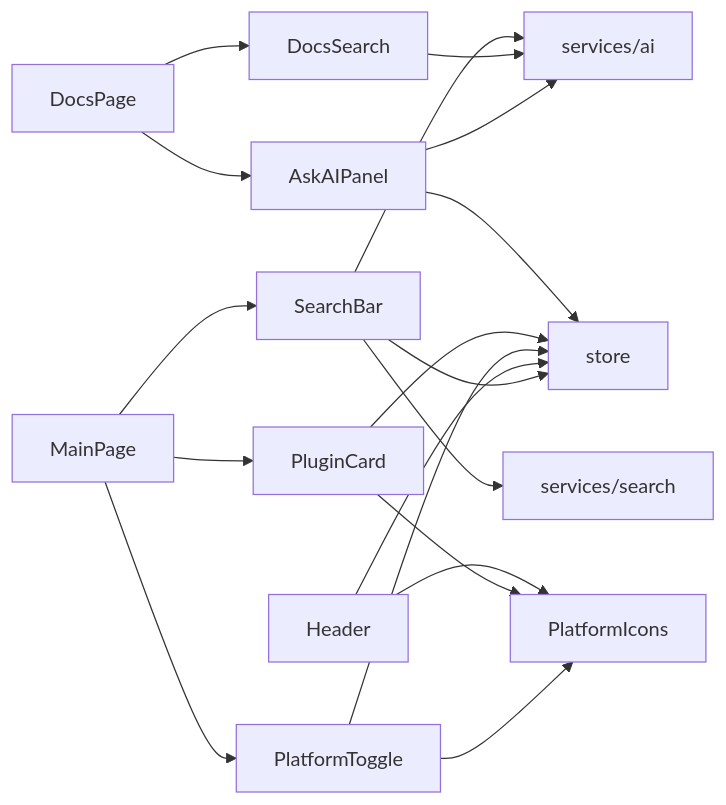
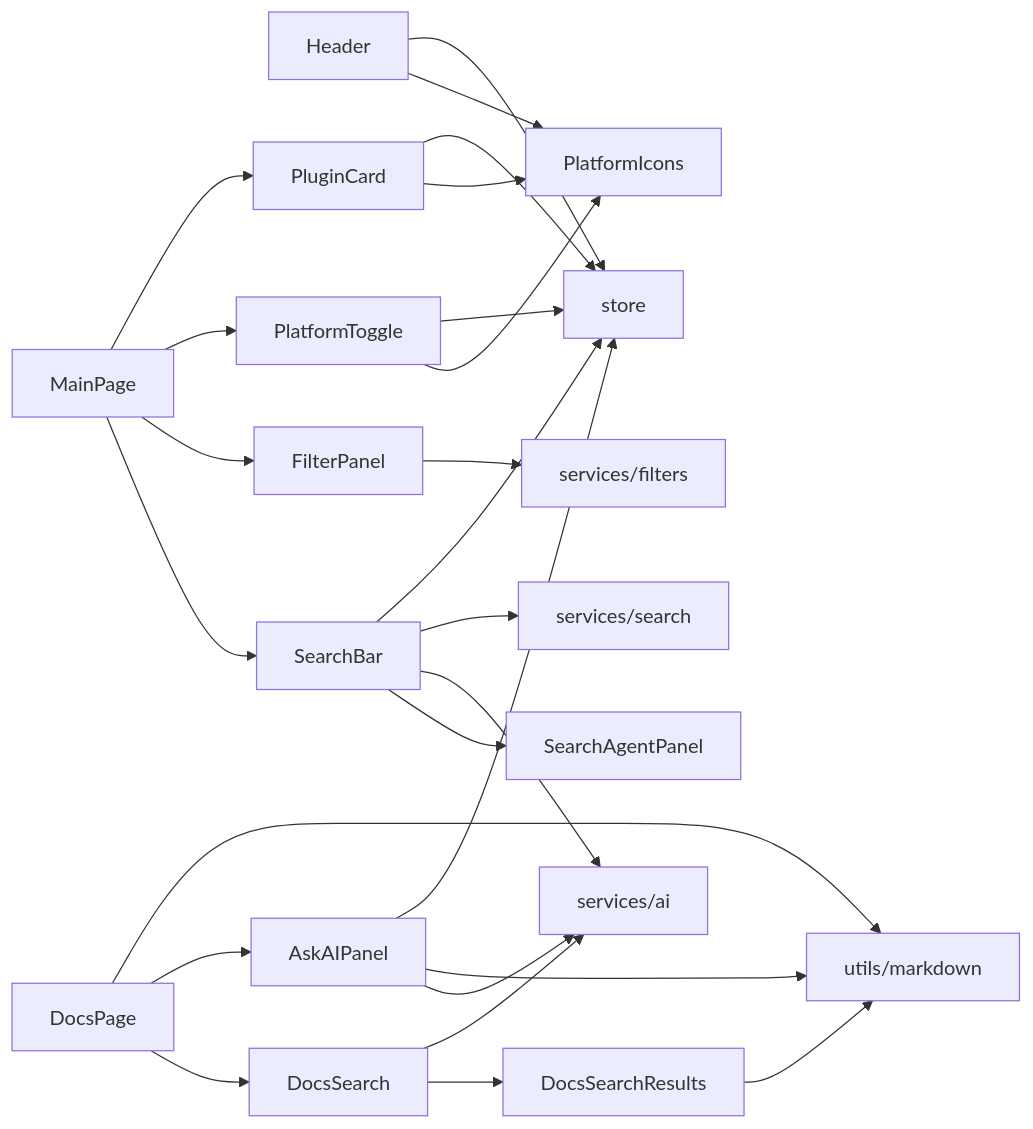
The first of 2 diagrams in docs/code-wiki/07-components.md (okouiko/pluginmarket), drawn with Mermaid before and after one commit. The commit also changed other lines of this file and 48 other files, not shown here.

````diff
--- a/docs/code-wiki/07-components.md
+++ b/docs/code-wiki/07-components.md
@@ -17,20 +20,27 @@
 ```mermaid
 flowchart LR
     Header["Header"] --> Icons["PlatformIcons"]
     Card["PluginCard"] --> Icons
     Toggle["PlatformToggle"] --> Icons
-    SearchBar["SearchBar"] --> AI["services/ai"]
+    SearchBar["SearchBar"] --> AgentPanel["SearchAgentPanel"]
+    SearchBar --> AI["services/ai"]
     SearchBar --> Search["services/search"]
-    DocsSearch["DocsSearch"] --> AI
+    DocsSearch["DocsSearch"] --> Results["DocsSearchResults"]
+    DocsSearch --> AI
+    Results --> MD["utils/markdown"]
     AskAI["AskAIPanel"] --> AI
+    AskAI --> MD
     AskAI --> Store["store"]
     Card --> Store
     Toggle --> Store
     Header --> Store
     SearchBar --> Store
+    Filter["FilterPanel"] --> Filters["services/filters"]
     DocsPage["DocsPage"] --> DocsSearch
     DocsPage --> AskAI
+    DocsPage --> MD
     MainPage["MainPage"] --> SearchBar
+    MainPage --> Filter
     MainPage --> Toggle
     MainPage --> Card
 ```
````
